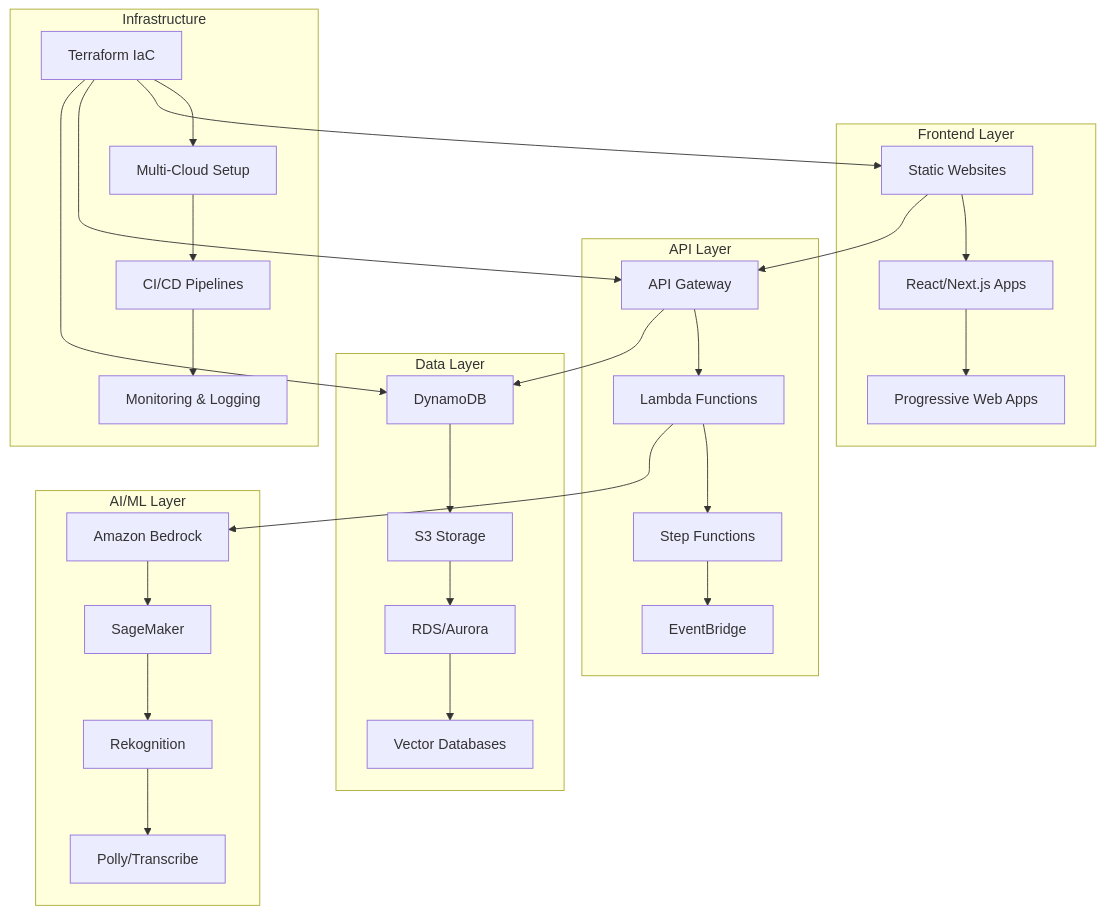
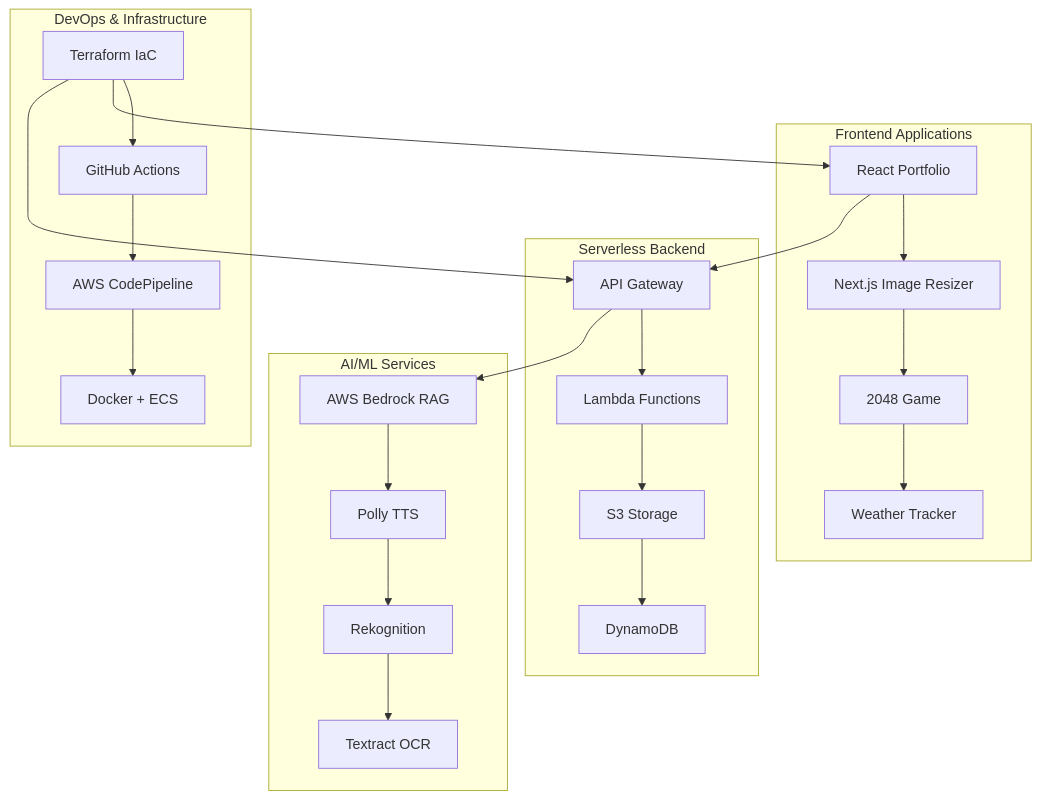
Before and after one commit to omesh7/aws-portfolio: the diagram in README.md, drawn with Mermaid. The commit also changed other lines of this file and 56 other files, not shown here.

First line of the commit message:
Add Project 11 serverless image recog pipeline, refactor Project 10 infra

````diff
--- a/README.md
+++ b/README.md
@@ -35,38 +33,31 @@
 ```mermaid
 graph TB
-    subgraph "Frontend Layer"
-        A[Static Websites] --> B[React/Next.js Apps]
-        B --> C[Progressive Web Apps]
+    subgraph "Frontend Applications"
+        A[React Portfolio] --> B[Next.js Image Resizer]
+        B --> C[2048 Game]
+        C --> D[Weather Tracker]
     end
     
-    subgraph "API Layer"
-        D[API Gateway] --> E[Lambda Functions]
-        E --> F[Step Functions]
-        F --> G[EventBridge]
+    subgraph "Serverless Backend"
+        E[API Gateway] --> F[Lambda Functions]
+        F --> G[S3 Storage]
+        G --> H[DynamoDB]
     end
     
-    subgraph "Data Layer"
-        H[DynamoDB] --> I[S3 Storage]
-        I --> J[RDS/Aurora]
-        J --> K[Vector Databases]
+    subgraph "AI/ML Services"
+        I[AWS Bedrock RAG] --> J[Polly TTS]
+        J --> K[Rekognition]
+        K --> L[Textract OCR]
     end
     
-    subgraph "AI/ML Layer"
-        L[Amazon Bedrock] --> M[SageMaker]
-        M --> N[Rekognition]
-        N --> O[Polly/Transcribe]
+    subgraph "DevOps & Infrastructure"
+        M[Terraform IaC] --> N[GitHub Actions]
+        N --> O[AWS CodePipeline]
+        O --> P[Docker + ECS]
     end
     
-    subgraph "Infrastructure"
-        P[Terraform IaC] --> Q[Multi-Cloud Setup]
-        Q --> R[CI/CD Pipelines]
-        R --> S[Monitoring & Logging]
-    end
-    
-    A --> D
-    D --> H
-    E --> L
-    P --> A
-    P --> D
-    P --> H
+    A --> E
+    E --> I
+    M --> A
+    M --> E
 ```
````
